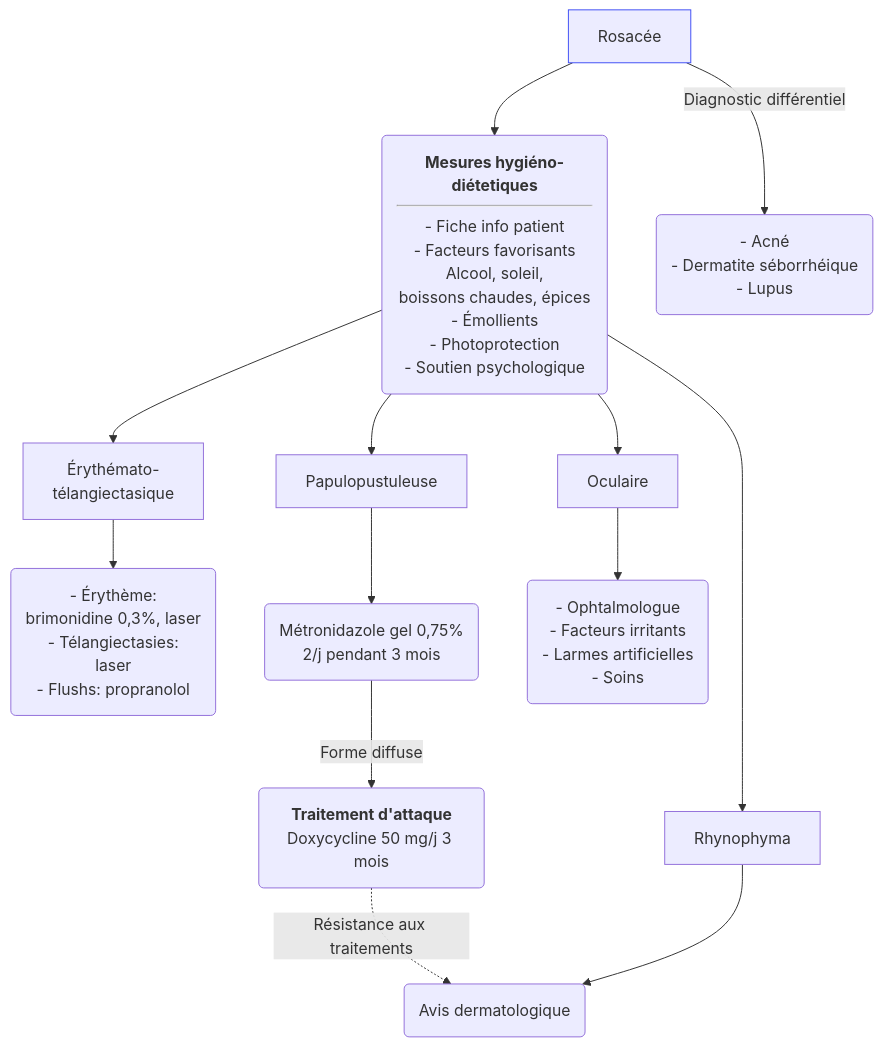
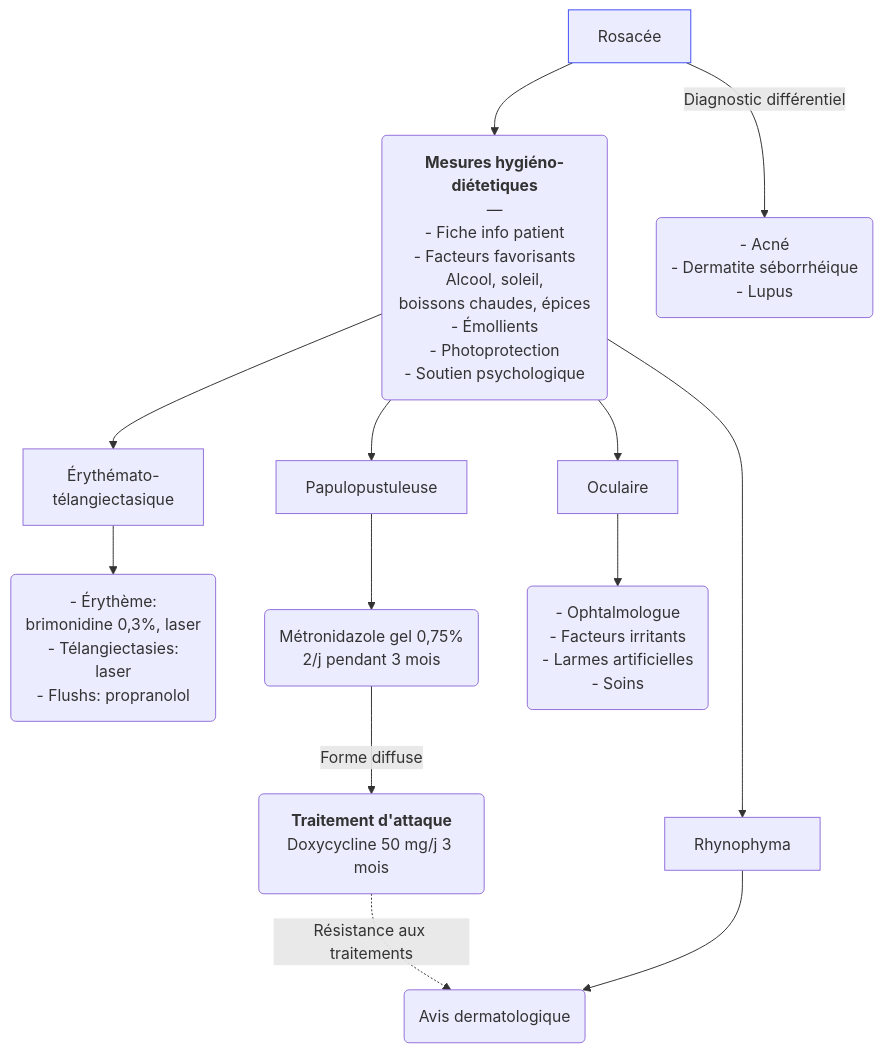
The diagram in content/recommandations/rosacee.md (djibe/recommandations-medicales), drawn with Mermaid before and after one commit. The commit also changed 51 other files, not shown here.

```diff
--- a/content/recommandations/rosacee.md
+++ b/content/recommandations/rosacee.md
@@ -215,14 +215,13 @@
 {{< mermaid title="Conduite à tenir devant une rosacée. Dr JB Fron d'après BAD 2021" >}}
 graph TB
   rosacee[Rosacée]
   style rosacee stroke:#4150f5, stroke-width:1px
-    rosacee --> rhd("<b>Mesures hygiéno-diétetiques</b><hr>- Fiche info patient<br>- Facteurs favorisants<br>Alcool, soleil,<br>boissons chaudes, épices<br>- Émollients<br>- Photoprotection<br>- Soutien psychologique")
+    rosacee --> rhd("<b>Mesures hygiéno-diétetiques</b><br>—<br>- Fiche info patient<br>- Facteurs favorisants<br>Alcool, soleil,<br>boissons chaudes, épices<br>- Émollients<br>- Photoprotection<br>- Soutien psychologique")
       rhd --> erythemato["Érythémato-<br>télangiectasique"]
         erythemato --> erythottt("- Érythème:<br>brimonidine 0,3%, laser<br>- Télangiectasies:<br>laser<br>- Flushs: propranolol")
       rhd --> Papulopustuleuse --> mineure("Métronidazole gel 0,75%<br>2/j pendant 3 mois")
         mineure -- Forme diffuse --> diffuse("<b>Traitement d'attaque</b><br>Doxycycline 50 mg/j 3 mois") -. Résistance aux traitements .-> dermato("Avis dermatologique")
       rhd --> Rhynophyma --> dermato
       rhd --> Oculaire --> ocuttt("- Ophtalmologue<br>- Facteurs irritants<br>- Larmes artificielles<br>- Soins")
   rosacee -- Diagnostic différentiel --> differentiel("- Acné<br>- Dermatite séborrhéique<br>- Lupus")
-
 {{< /mermaid >}}
```
